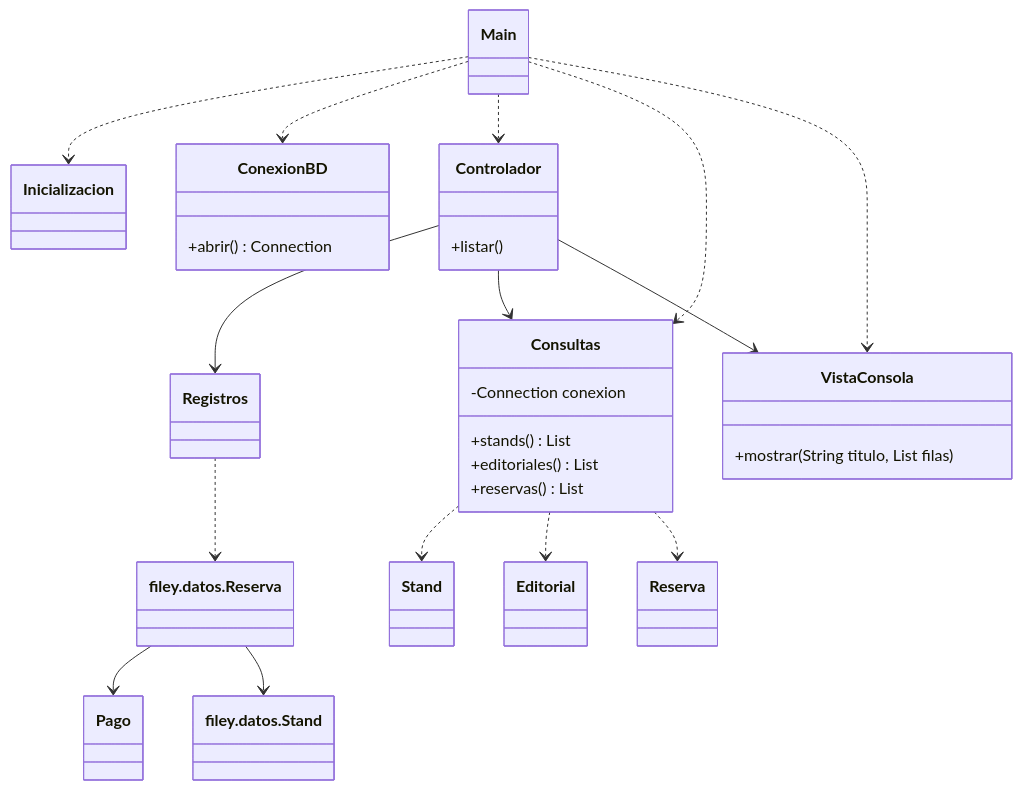
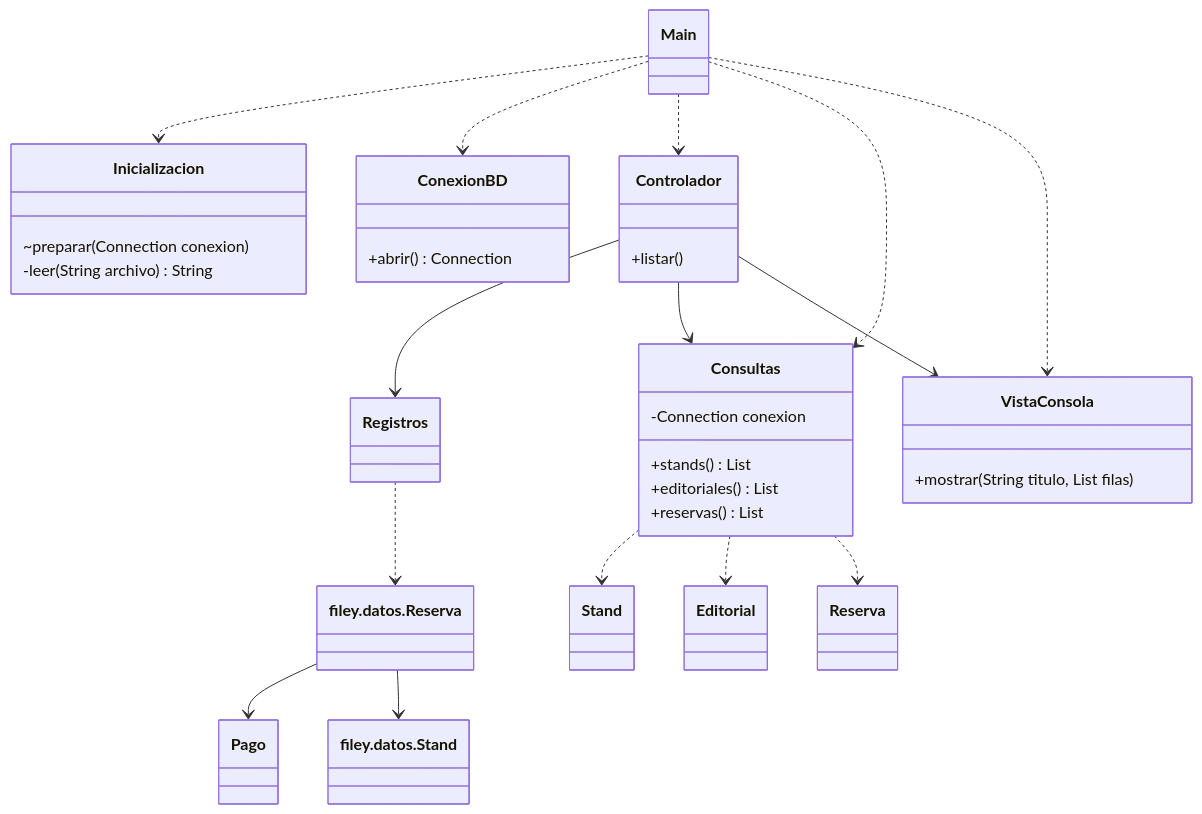
Before and after one commit to saigee-nn/POO-26-PD2: the first of 2 diagrams in pd4/README.md, drawn with Mermaid. The commit also changed other lines of this file and 2 other files, not shown here.

Commit message:
Separa la conexión y la ejecución de SQL en PD4

````diff
--- a/pd4/README.md
+++ b/pd4/README.md
@@ -40,34 +42,38 @@
 ```mermaid
 classDiagram
 Main ..> Inicializacion
 Controlador --> Registros
 Registros ..> ReservaDominio
 ReservaDominio --> Pago
 ReservaDominio --> StandDominio
 class ReservaDominio["filey.datos.Reserva"]
 class StandDominio["filey.datos.Stand"]
 Main ..> ConexionBD
 Main ..> Controlador
 Main ..> Consultas
 Main ..> VistaConsola
 Controlador --> Consultas
 Controlador --> VistaConsola
 Consultas ..> Stand
 Consultas ..> Editorial
 Consultas ..> Reserva
+class Inicializacion {
+  ~preparar(Connection conexion)
+  -leer(String archivo) String
+}
 class ConexionBD {
   +abrir() Connection
 }
 class Consultas {
   -Connection conexion
   +stands() List
   +editoriales() List
   +reservas() List
 }
 class Controlador {
   +listar()
 }
 class VistaConsola {
   +mostrar(String titulo, List filas)
 }
 ```
````
